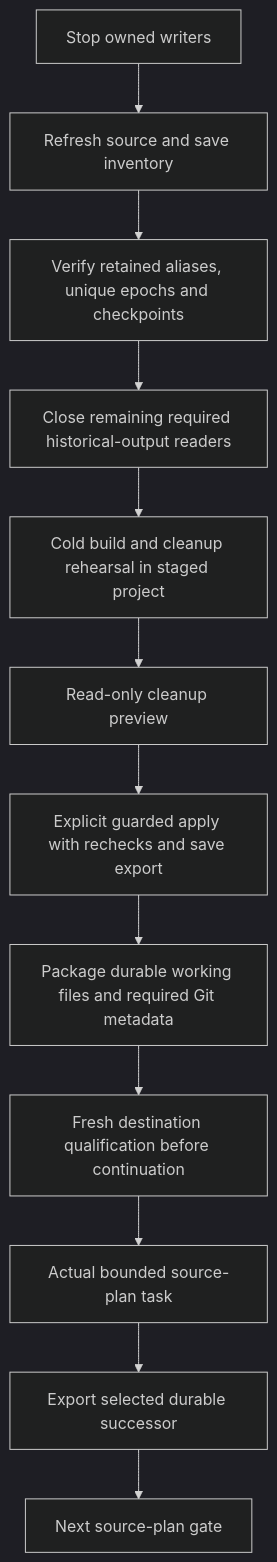
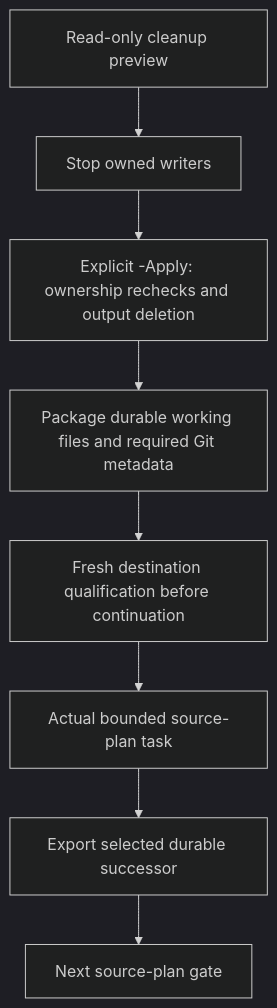
Before and after one commit to Kyliathy/OpenTTD: the fourth of 4 diagrams in docs/zz-reach2/architecture/archi-historical-debug.md, drawn with Mermaid (dark theme). The commit also changed other lines of this file and 8 other files, not shown here.

````diff
--- a/docs/zz-reach2/architecture/archi-historical-debug.md
+++ b/docs/zz-reach2/architecture/archi-historical-debug.md
@@ -439,14 +461,10 @@
 ```mermaid
 flowchart TD
-    Stop["Stop owned writers"] --> Inventory["Refresh source and save inventory"]
-    Inventory --> Preserve["Verify retained aliases, unique epochs and checkpoints"]
-    Preserve --> Migrate["Close remaining required historical-output readers"]
-    Migrate --> Rehearse["Cold build and cleanup rehearsal in staged project"]
-    Rehearse --> Preview["Read-only cleanup preview"]
-    Preview --> Apply["Explicit guarded apply with rechecks and save export"]
+    Preview["Read-only cleanup preview"] --> Stop["Stop owned writers"]
+    Stop --> Apply["Explicit -Apply: ownership rechecks and output deletion"]
     Apply --> Package["Package durable working files and required Git metadata"]
     Package --> Recover["Fresh destination qualification before continuation"]
     Recover --> Task["Actual bounded source-plan task"]
     Task --> Successor["Export selected durable successor"]
     Successor --> Next["Next source-plan gate"]
 ```
````
